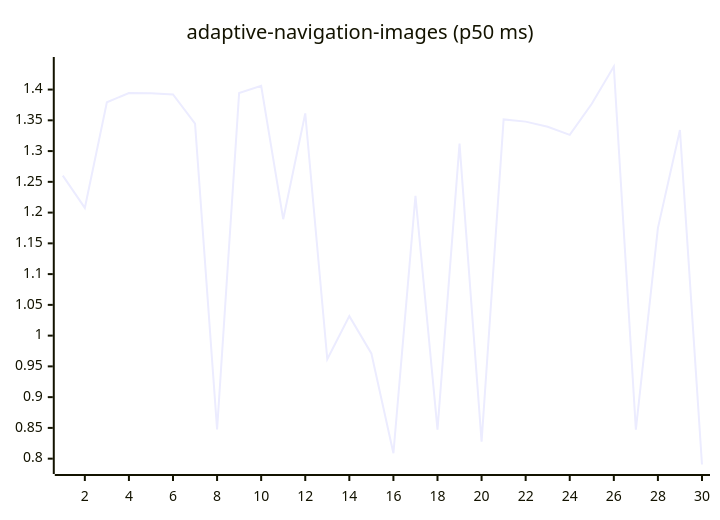
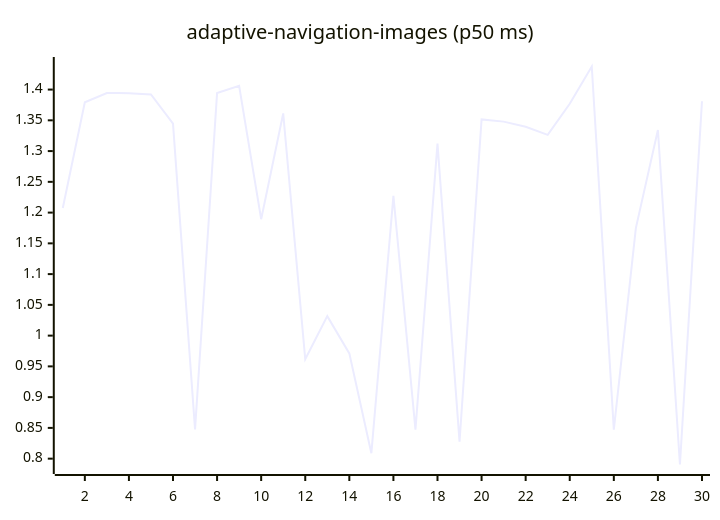
One commit to josha/Facet changed the first of 27 diagrams in README.md. Above: the diagram before and after it, drawn with Mermaid. The commit also changed other lines of this file and 2 other files, not shown here.

````diff
--- a/README.md
+++ b/README.md
@@ -63,6 +63,6 @@
 ```mermaid
 xychart-beta
     title "adaptive-navigation-images (p50 ms)"
     x-axis 1 --> 30
-    line [1.2600, 1.2076, 1.3793, 1.3944, 1.3942, 1.3921, 1.3447, 0.8475, 1.3944, 1.4060, 1.1893, 1.3612, 0.9615, 1.0317, 0.9711, 0.8088, 1.2271, 0.8473, 1.3121, 0.8274, 1.3515, 1.3479, 1.3395, 1.3263, 1.3769, 1.4375, 0.8471, 1.1748, 1.3343, 0.7905]
+    line [1.2076, 1.3793, 1.3944, 1.3942, 1.3921, 1.3447, 0.8475, 1.3944, 1.4060, 1.1893, 1.3612, 0.9615, 1.0317, 0.9711, 0.8088, 1.2271, 0.8473, 1.3121, 0.8274, 1.3515, 1.3479, 1.3395, 1.3263, 1.3769, 1.4375, 0.8471, 1.1748, 1.3343, 0.7905, 1.3810]
 ```
````
